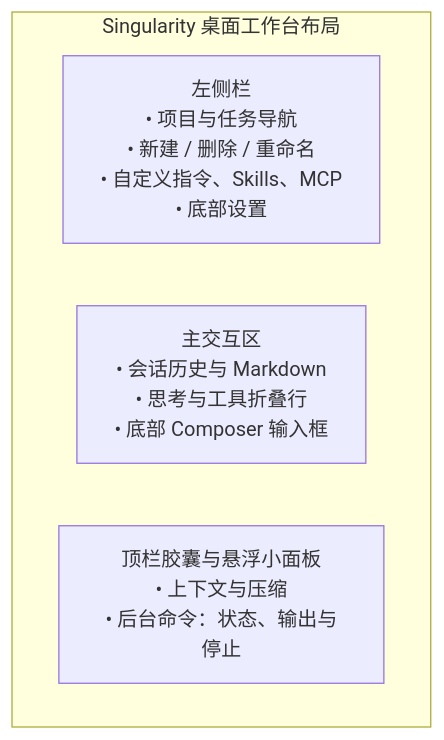
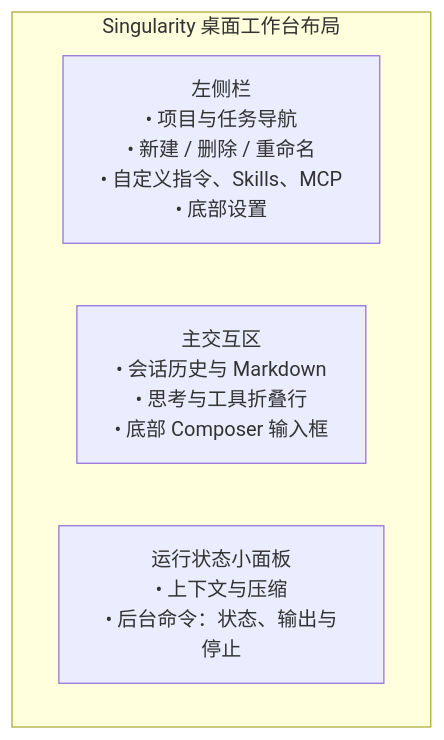
Before and after one commit to qjcnmd/singularity-agent: the diagram in docs/desktop-ui.md, drawn with Mermaid. The commit also changed other lines of this file and 72 other files, not shown here.

First line of the commit message:
新建任务页可关闭上下文模块，技能与图片读取独立成工具

````diff
--- a/docs/desktop-ui.md
+++ b/docs/desktop-ui.md
@@ -5,9 +5,9 @@
 ```mermaid
 flowchart TD
     subgraph App["Singularity 桌面工作台布局"]
         direction LR
         Sidebar["左侧栏<br/>• 项目与任务导航<br/>• 新建 / 删除 / 重命名<br/>• 自定义指令、Skills、MCP<br/>• 底部设置"]
         Main["主交互区<br/>• 会话历史与 Markdown<br/>• 思考与工具折叠行<br/>• 底部 Composer 输入框"]
-        Background["顶栏胶囊与悬浮小面板<br/>• 上下文与压缩<br/>• 后台命令：状态、输出与停止"]
+        Background["运行状态小面板<br/>• 上下文与压缩<br/>• 后台命令：状态、输出与停止"]
     end
 ```
````
